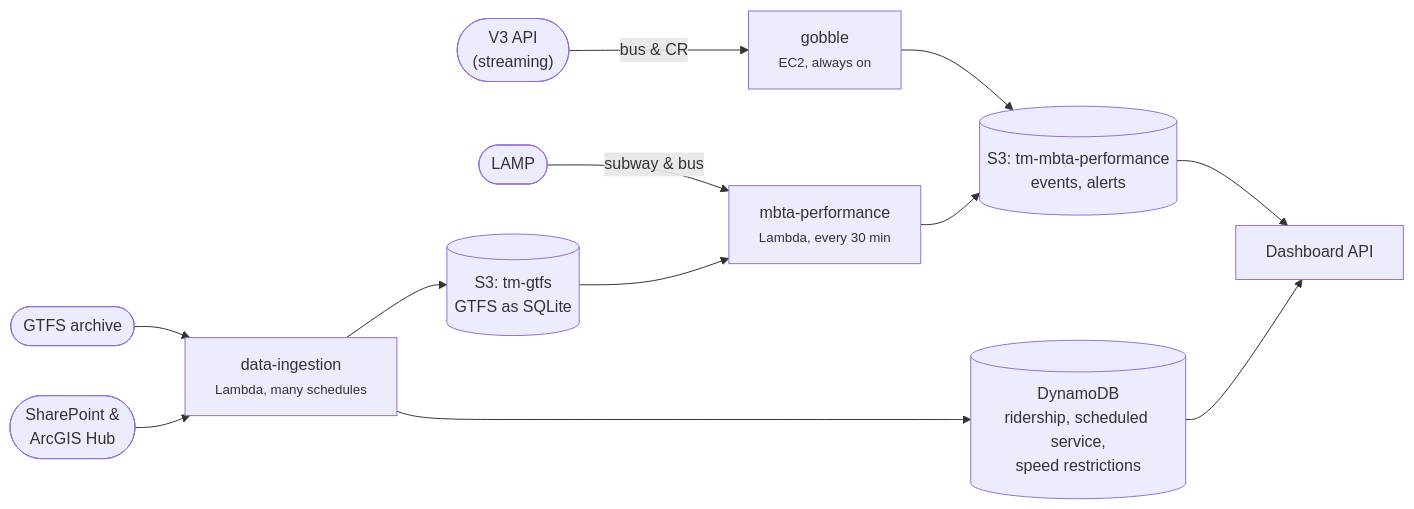
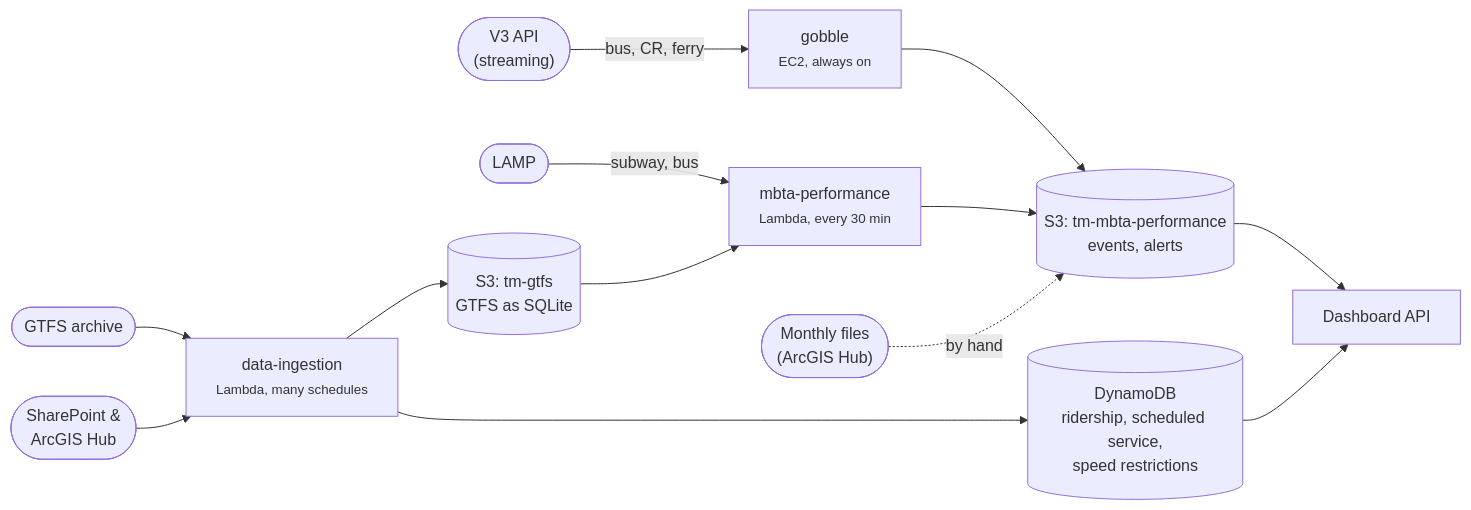
One commit to transitmatters/architecture changed the first of 2 diagrams in docs/architecture/data-pipeline.md. Above: the diagram before and after it, drawn with Mermaid. The commit also changed other lines of this file and 14 other files, not shown here.

````diff
--- a/docs/architecture/data-pipeline.md
+++ b/docs/architecture/data-pipeline.md
@@ -11,23 +11,25 @@
 ```mermaid
 flowchart LR
     v3(["V3 API<br/>(streaming)"])
     lamp(["LAMP"])
     gtfs(["GTFS archive"])
     open(["SharePoint &<br/>ArcGIS Hub"])
 
     gobble["gobble<br/><small>EC2, always on</small>"]
     perf["mbta-performance<br/><small>Lambda, every 30 min</small>"]
     ingest["data-ingestion<br/><small>Lambda, many schedules</small>"]
 
     events[("S3: tm-mbta-performance<br/>events, alerts")]
     tmgtfs[("S3: tm-gtfs<br/>GTFS as SQLite")]
     ddb[("DynamoDB<br/>ridership, scheduled service,<br/>speed restrictions")]
 
     api["Dashboard API"]
 
-    v3 -- "bus & CR" --> gobble --> events
-    lamp -- "subway & bus" --> perf --> events
+    monthly(["Monthly files<br/>(ArcGIS Hub)"])
+    v3 -- "bus, CR, ferry" --> gobble --> events
+    lamp -- "subway, bus" --> perf --> events
+    monthly -. "by hand" .-> events
     gtfs --> ingest --> tmgtfs --> perf
     open --> ingest --> ddb
     events & ddb --> api
 ```
````
